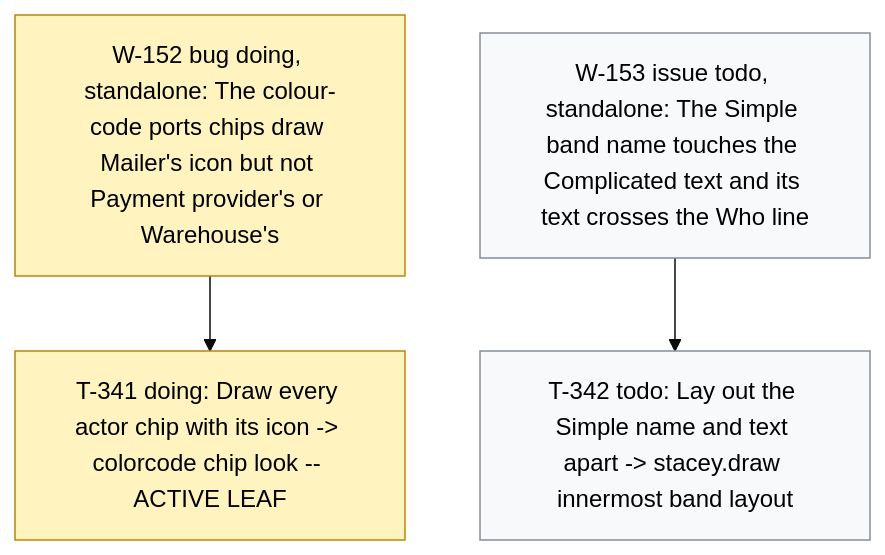
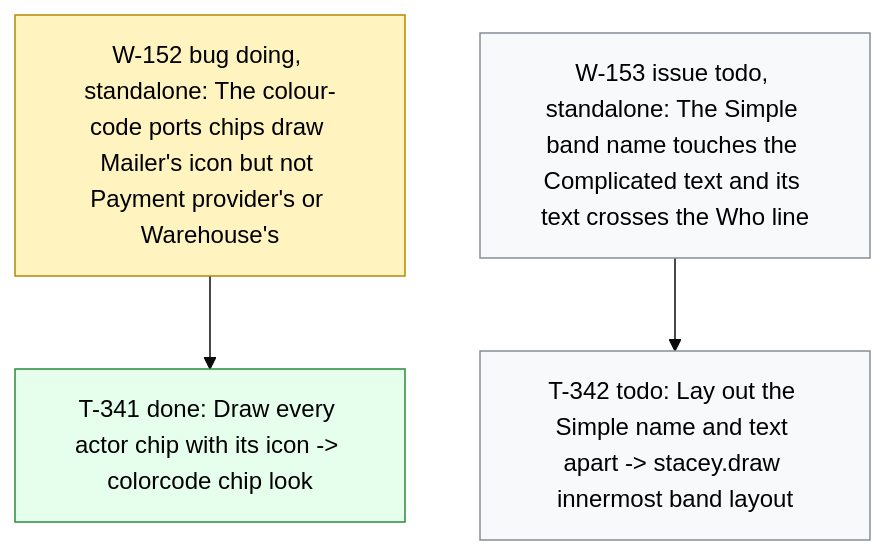
One commit to dpopchev/chaos-to-simple changed the diagram in .board/BOARD.md. Above: the diagram before and after it, drawn with Mermaid (base theme). The commit also changed other lines of this file and 1 other file, not shown here.

Commit message:
chore(board): close T-341 -- W-152 ready to land
Refs: W-152 T-341

````diff
--- a/.board/BOARD.md
+++ b/.board/BOARD.md
@@ -903,14 +903,15 @@
 ```mermaid
 flowchart TD
   W152["W-152 bug doing, standalone: The colour-code ports chips draw Mailer's icon but not Payment provider's or Warehouse's"]
-  W152 --> T341["T-341 doing: Draw every actor chip with its icon -> colorcode chip look -- ACTIVE LEAF"]
+  W152 --> T341["T-341 done: Draw every actor chip with its icon -> colorcode chip look"]
   W153["W-153 issue todo, standalone: The Simple band name touches the Complicated text and its text crosses the Who line"]
   W153 --> T342["T-342 todo: Lay out the Simple name and text apart -> stacey.draw innermost band layout"]
   classDef doing fill:#fff3bf,stroke:#b58900,color:#000;
   classDef blocked fill:#ffe3e3,stroke:#c92a2a,color:#000;
   classDef done fill:#e6ffed,stroke:#2b8a3e,color:#000;
   classDef todo fill:#f8f9fa,stroke:#868e96,color:#000;
   classDef pruned fill:#f1f3f5,stroke:#adb5bd,color:#000;
-  class W152,T341 doing
+  class W152 doing
+  class T341 done
   class W153,T342 todo
 ```
````
